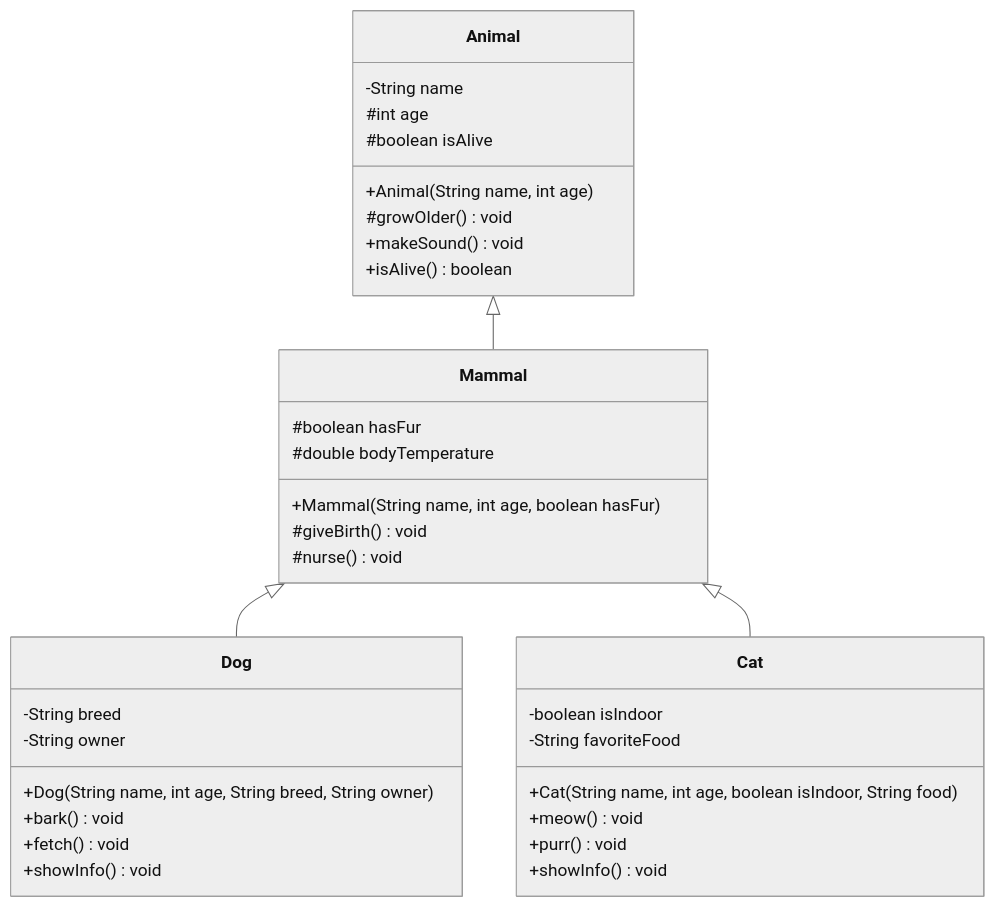
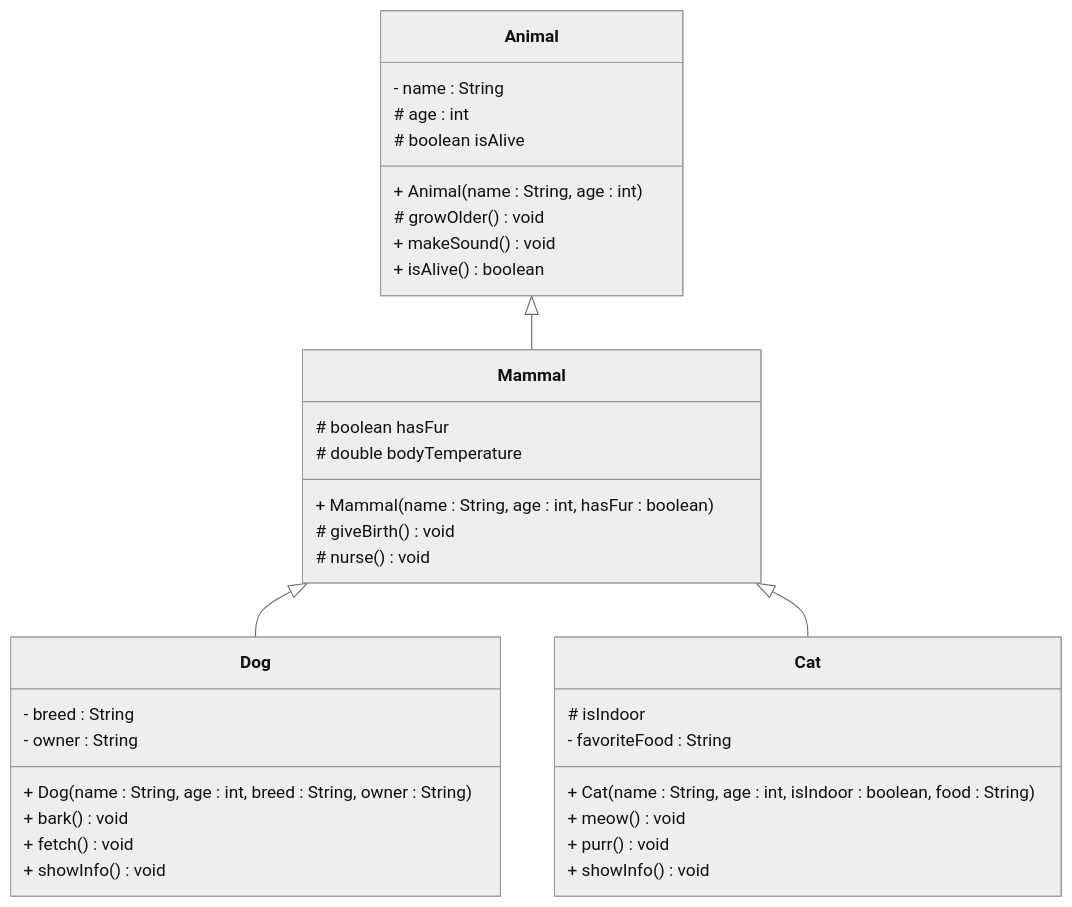
The second of 2 diagrams in Articles/Session 13 - Inheritance/008 Protected UML.md (TroelsMortensen/Codelabs2), drawn with Mermaid (neutral theme) before and after one commit. The commit also changed other lines of this file and 10 other files, not shown here.

````diff
--- a/Articles/Session 13 - Inheritance/008 Protected UML.md
+++ b/Articles/Session 13 - Inheritance/008 Protected UML.md
@@ -120,42 +51,42 @@
 ```mermaid
 classDiagram
     class Animal {
-        -String name
-        #int age
-        #boolean isAlive
-        +Animal(String name, int age)
-        #growOlder() void
-        +makeSound() void
-        +isAlive() boolean
+        - name : String
+        # age : int
+        # boolean isAlive
+        + Animal(name : String, age : int)
+        # growOlder() void
+        + makeSound() void
+        + isAlive() boolean
     }
     
     class Mammal {
-        #boolean hasFur
-        #double bodyTemperature
-        +Mammal(String name, int age, boolean hasFur)
-        #giveBirth() void
-        #nurse() void
+        # boolean hasFur
+        # double bodyTemperature
+        + Mammal(name : String, age : int, hasFur : boolean)
+        # giveBirth() void
+        # nurse() void
     }
     
     class Dog {
-        -String breed
-        -String owner
-        +Dog(String name, int age, String breed, String owner)
-        +bark() void
-        +fetch() void
-        +showInfo() void
+        - breed : String
+        - owner : String
+        + Dog(name : String, age : int, breed : String, owner : String)
+        + bark() void
+        + fetch() void
+        + showInfo() void
     }
     
     class Cat {
-        -boolean isIndoor
-        -String favoriteFood
-        +Cat(String name, int age, boolean isIndoor, String food)
-        +meow() void
-        +purr() void
-        +showInfo() void
+        # isIndoor
+        - favoriteFood : String
+        + Cat(name : String, age : int, isIndoor : boolean, food : String)
+        + meow() void
+        + purr() void
+        + showInfo() void
     }
     
     Animal <|-- Mammal    
     Mammal <|-- Dog    
     Mammal <|-- Cat
 ```
````
